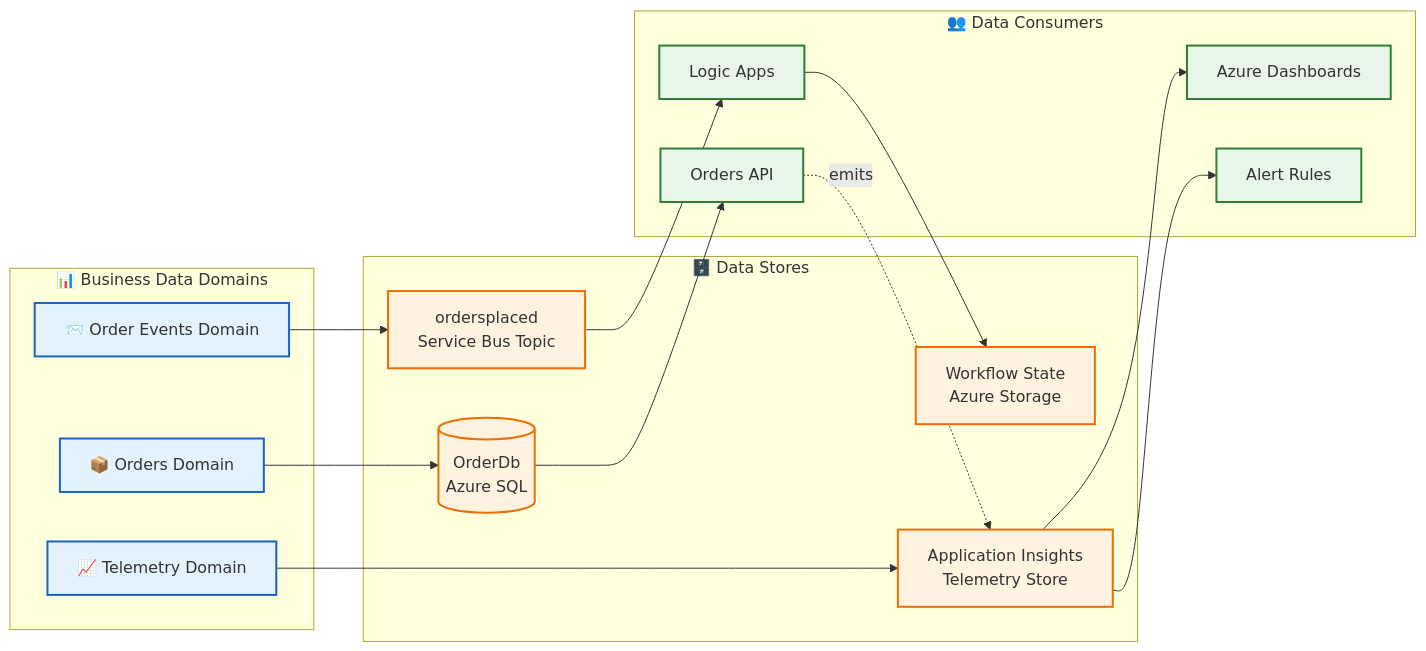
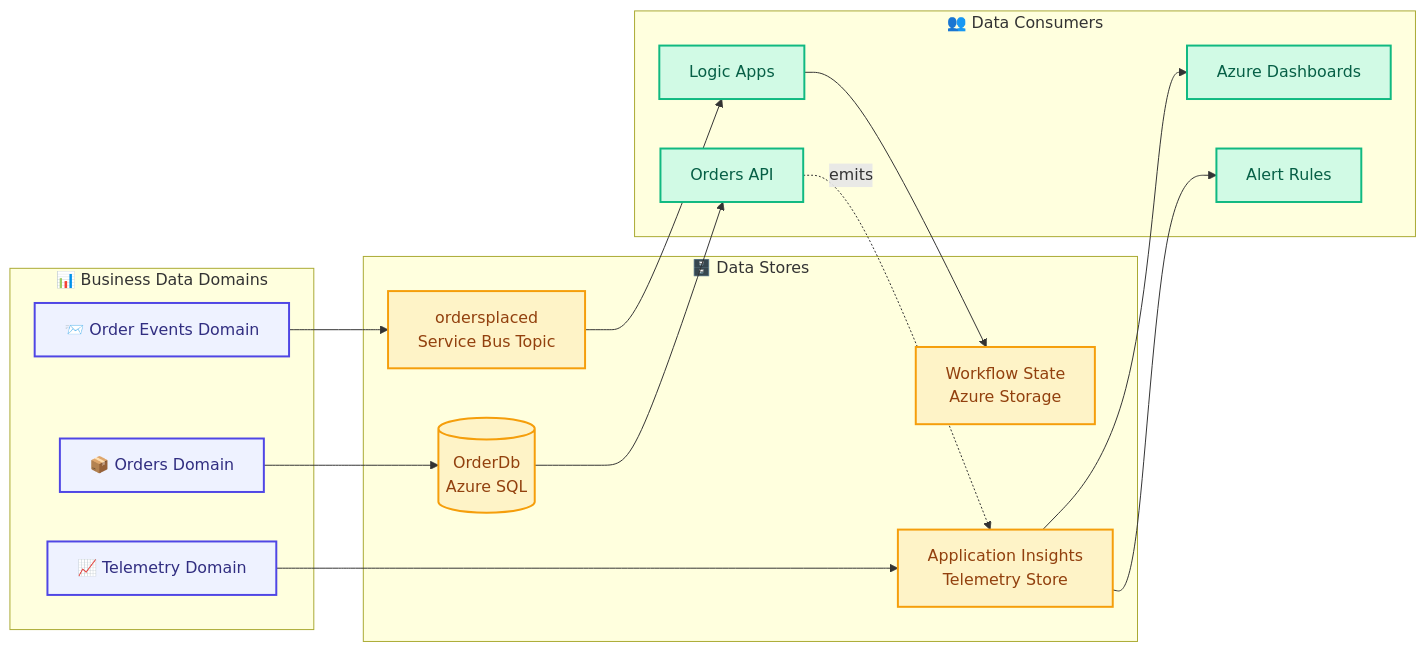
One commit to Evilazaro/Azure-LogicApps-Monitoring changed the first of 9 diagrams in docs/architecture/02-data-architecture.md. Above: the diagram before and after it, drawn with Mermaid. The commit also changed other lines of this file and 4 other files, not shown here.

Commit message:
feat(docs): Enhance architecture documentation with detailed diagrams and modern color palette

````diff
--- a/docs/architecture/02-data-architecture.md
+++ b/docs/architecture/02-data-architecture.md
@@ -54,41 +54,45 @@
 ```mermaid
 flowchart LR
+    %% Data Landscape Map - Shows relationship between domains, stores, and consumers
     subgraph BusinessDomains["📊 Business Data Domains"]
         Orders["📦 Orders Domain"]
         Events["📨 Order Events Domain"]
         Telemetry["📈 Telemetry Domain"]
     end
 
     subgraph DataStores["🗄️ Data Stores"]
         OrderDb[("OrderDb<br/>Azure SQL")]
         EventStore["ordersplaced<br/>Service Bus Topic"]
         WorkflowState["Workflow State<br/>Azure Storage"]
         AIStore["Application Insights<br/>Telemetry Store"]
     end
 
     subgraph Consumers["👥 Data Consumers"]
         API["Orders API"]
         LogicApp["Logic Apps"]
         Analytics["Azure Dashboards"]
         Alerts["Alert Rules"]
     end
 
+    %% Domain to store relationships
     Orders --> OrderDb
     Events --> EventStore
     Telemetry --> AIStore
 
+    %% Store to consumer relationships
     OrderDb --> API
     EventStore --> LogicApp
     LogicApp --> WorkflowState
     AIStore --> Analytics
     AIStore --> Alerts
     API -.->|"emits"| AIStore
 
-    classDef domain fill:#e3f2fd,stroke:#1565c0,stroke-width:2px
-    classDef store fill:#fff3e0,stroke:#ef6c00,stroke-width:2px
-    classDef consumer fill:#e8f5e9,stroke:#2e7d32,stroke-width:2px
+    %% Modern color palette - WCAG AA compliant
+    classDef domain fill:#EEF2FF,stroke:#4F46E5,stroke-width:2px,color:#312E81
+    classDef store fill:#FEF3C7,stroke:#F59E0B,stroke-width:2px,color:#92400E
+    classDef consumer fill:#D1FAE5,stroke:#10B981,stroke-width:2px,color:#065F46
 
     class Orders,Events,Telemetry domain
     class OrderDb,EventStore,WorkflowState,AIStore store
     class API,LogicApp,Analytics,Alerts consumer
 ```
````
